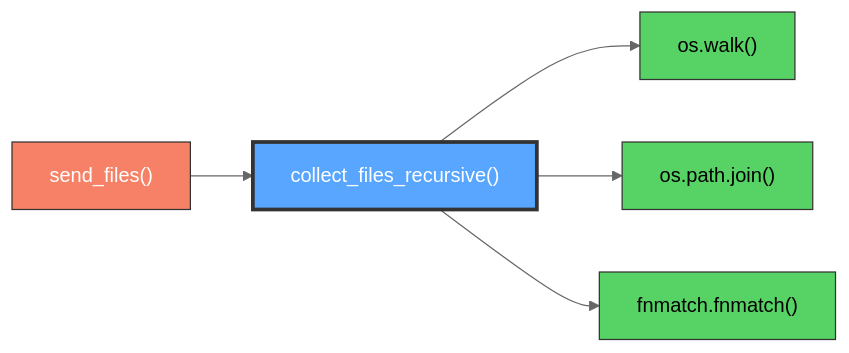
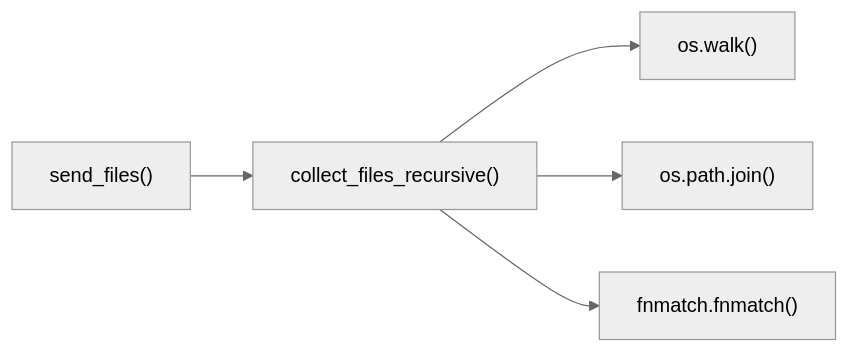
One commit to proudsunburn/ftransfer changed the diagram in docs/collect_files_recursive.md. Above: the diagram before and after it, drawn with Mermaid (neutral theme). The commit also changed 23 other files, not shown here.

Commit message:
MINOR: Remove colors from mermaid for easy light/dark mode switching

````diff
--- a/docs/collect_files_recursive.md
+++ b/docs/collect_files_recursive.md
@@ -11,17 +11,13 @@
 ```mermaid
 graph LR
-    send_files["send_files()"]:::red
-    collect_files_recursive["collect_files_recursive()"]:::highlight
-    os_walk["os.walk()"]:::green
-    os_path_join["os.path.join()"]:::green
-    fnmatch["fnmatch.fnmatch()"]:::green
+    send_files["send_files()"]
+    collect_files_recursive["collect_files_recursive()"]
+    os_walk["os.walk()"]
+    os_path_join["os.path.join()"]
+    fnmatch["fnmatch.fnmatch()"]
 
     send_files --> collect_files_recursive
     collect_files_recursive --> os_walk
     collect_files_recursive --> os_path_join
     collect_files_recursive --> fnmatch
-
-    classDef red fill:#f78166,stroke:#333,color:#fff
-    classDef highlight fill:#58a6ff,stroke:#333,color:#fff,stroke-width:3px
-    classDef green fill:#56d364,stroke:#333,color:#000
 ```
````
